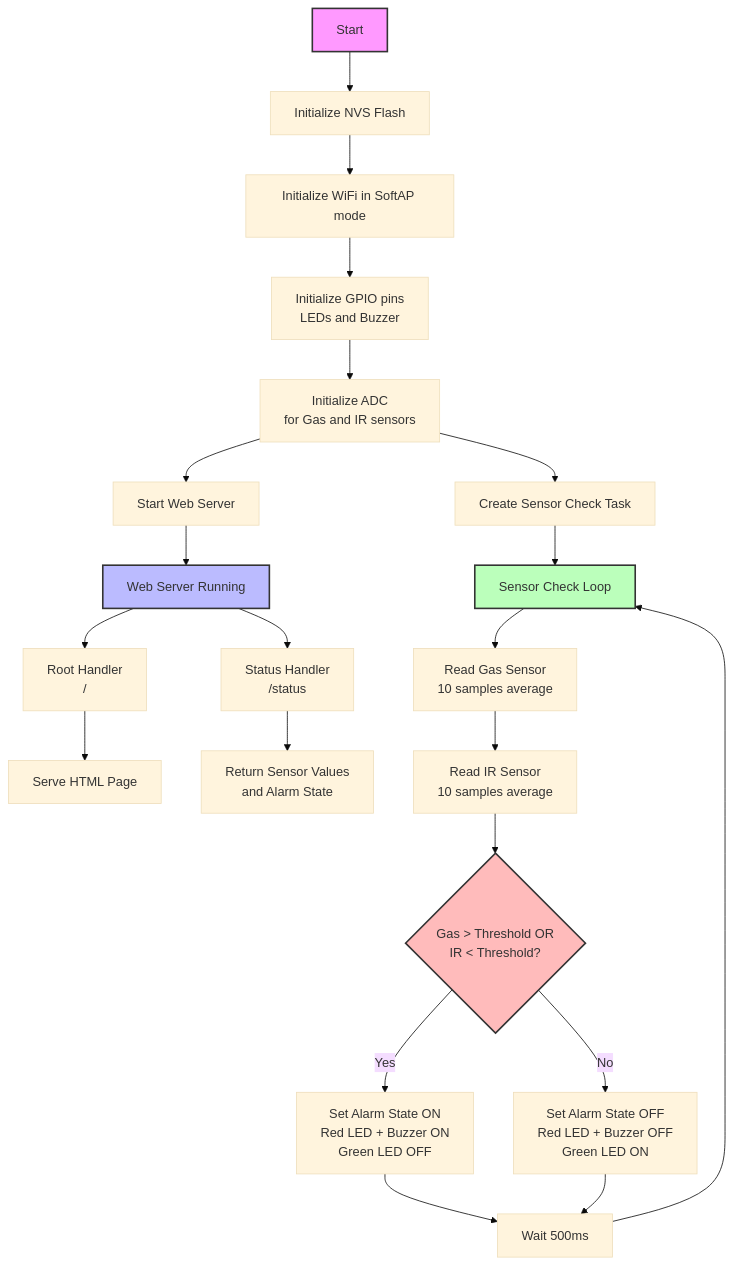
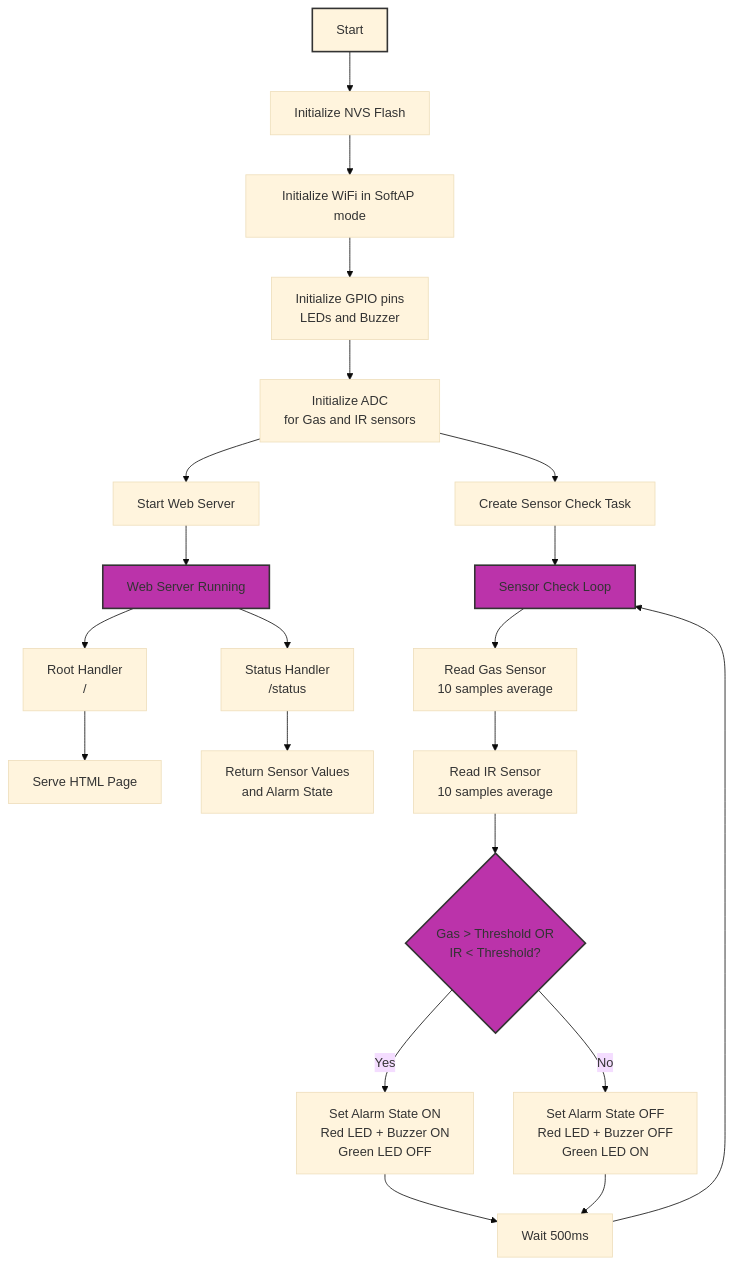
One commit to ignacio-funes/Alarma_de_Incendios changed the diagram in Software/Diagrama de flujo.md. Above: the diagram before and after it, drawn with Mermaid (base theme).

Commit message:
Update Diagrama de flujo.md

````diff
--- a/Software/Diagrama de flujo.md
+++ b/Software/Diagrama de flujo.md
@@ -1,34 +1,34 @@
 ```mermaid
 graph TD
     A[Start] --> B[Initialize NVS Flash]
     B --> C[Initialize WiFi in SoftAP mode]
     C --> D[Initialize GPIO pins<br/>LEDs and Buzzer]
     D --> E[Initialize ADC<br/>for Gas and IR sensors]
     
     E --> F[Start Web Server]
     E --> G[Create Sensor Check Task]
     
     G --> H[Sensor Check Loop]
     H --> I[Read Gas Sensor<br/>10 samples average]
     I --> J[Read IR Sensor<br/>10 samples average]
     
     J --> K{Gas > Threshold OR<br/>IR < Threshold?}
     K -->|Yes| L[Set Alarm State ON<br/>Red LED + Buzzer ON<br/>Green LED OFF]
     K -->|No| M[Set Alarm State OFF<br/>Red LED + Buzzer OFF<br/>Green LED ON]
     
     L --> N[Wait 500ms]
     M --> N
     N --> H
     
     F --> O[Web Server Running]
     O --> P[Root Handler</br>/]
     O --> Q[Status Handler</br>/status]
     
     P --> R[Serve HTML Page]
     Q --> S[Return Sensor Values<br/>and Alarm State]
     
-    style A fill:#f9f,stroke:#333,stroke-width:2px
-    style O fill:#bbf,stroke:#333,stroke-width:2px
-    style H fill:#bfb,stroke:#333,stroke-width:2px
-    style K fill:#fbb,stroke:#333,stroke-width:2px
+    style A fill:##b3a,stroke:#333,stroke-width:2px
+    style O fill:#b3a,stroke:#333,stroke-width:2px
+    style H fill:#b3a,stroke:#333,stroke-width:2px
+    style K fill:#b3a,stroke:#333,stroke-width:2px
 ```
````
